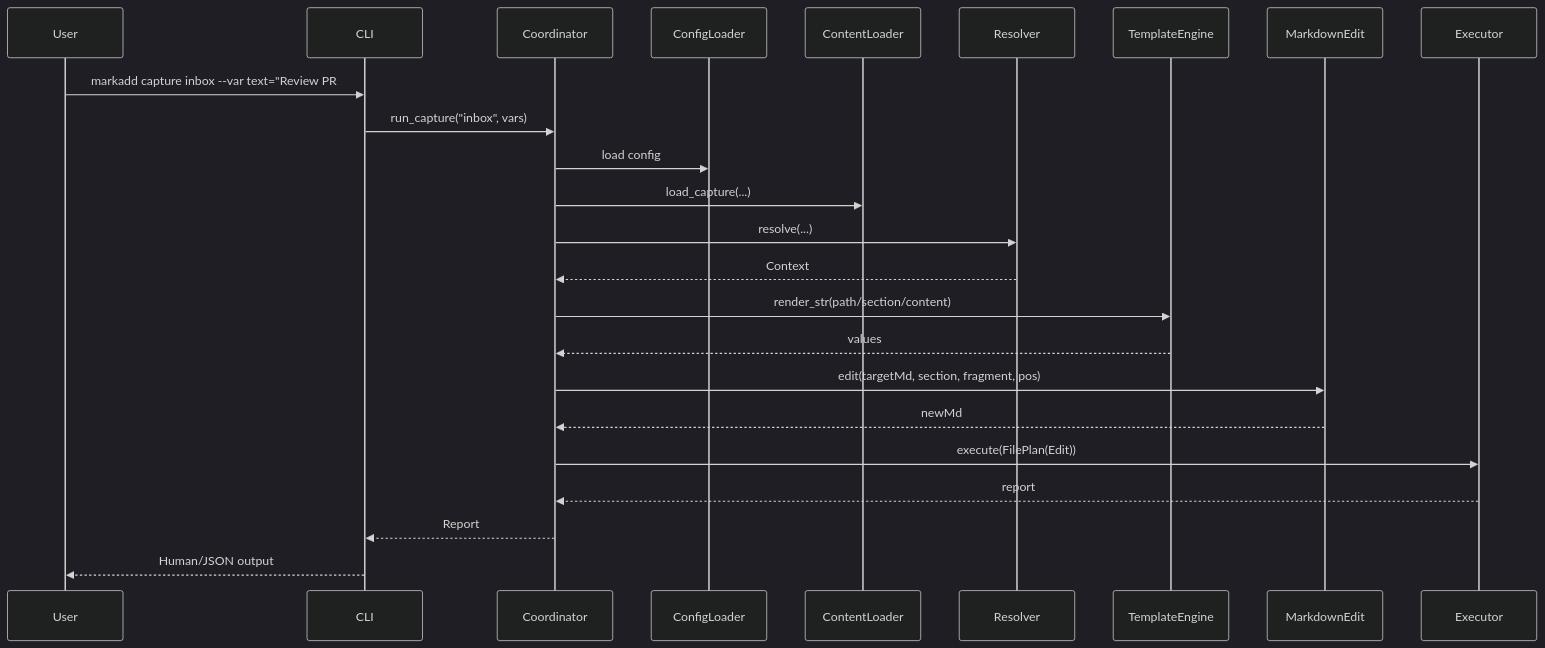
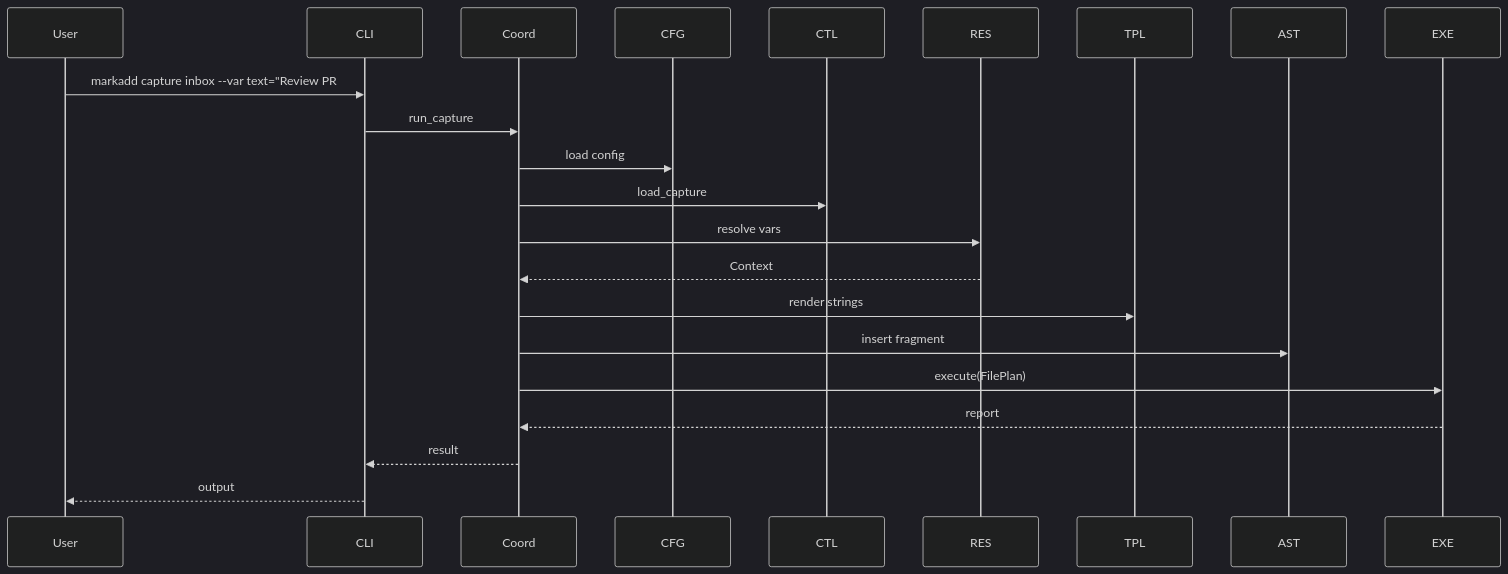
One commit to agustinvalencia/mdvault changed diagram 14 of 22 in docs/01_development_plan.md. Above: the diagram before and after it, drawn with Mermaid (dark theme). The commit also changed other lines of this file and 1 other file, not shown here.

````diff
--- a/docs/01_development_plan.md
+++ b/docs/01_development_plan.md
@@ -360,27 +371,25 @@
 ```mermaid
 sequenceDiagram
   participant User
   participant CLI
-  participant Coord as Coordinator
-  participant CFG as ConfigLoader
-  participant CTL as ContentLoader
-  participant RES as Resolver
-  participant TPL as TemplateEngine
-  participant AST as MarkdownEdit
-  participant EXE as Executor
+  participant Coord
+  participant CFG
+  participant CTL
+  participant RES
+  participant TPL
+  participant AST
+  participant EXE
 
   User->>CLI: markadd capture inbox --var text="Review PR #42"
-  CLI->>Coord: run_capture("inbox", vars)
+  CLI->>Coord: run_capture
   Coord->>CFG: load config
-  Coord->>CTL: load_capture(...)
-  Coord->>RES: resolve(...)
+  Coord->>CTL: load_capture
+  Coord->>RES: resolve vars
   RES-->>Coord: Context
-  Coord->>TPL: render_str(path/section/content)
-  TPL-->>Coord: values
-  Coord->>AST: edit(targetMd, section, fragment, pos)
-  AST-->>Coord: newMd
-  Coord->>EXE: execute(FilePlan(Edit))
+  Coord->>TPL: render strings
+  Coord->>AST: insert fragment
+  Coord->>EXE: execute(FilePlan)
   EXE-->>Coord: report
-  Coord-->>CLI: Report
-  CLI-->>User: Human/JSON output
+  Coord-->>CLI: result
+  CLI-->>User: output
 ```
````
